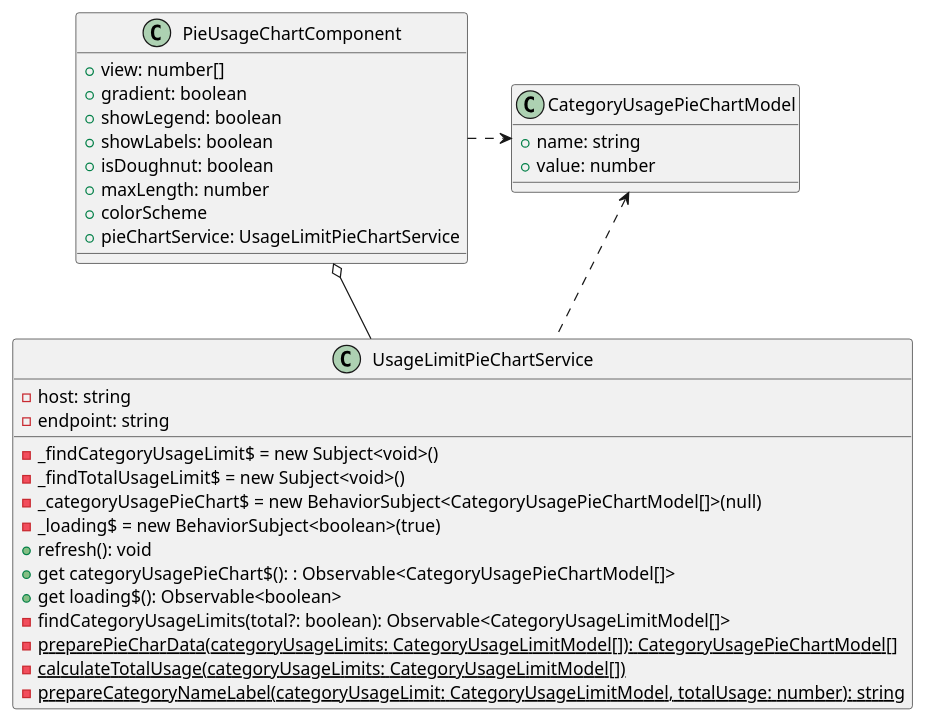
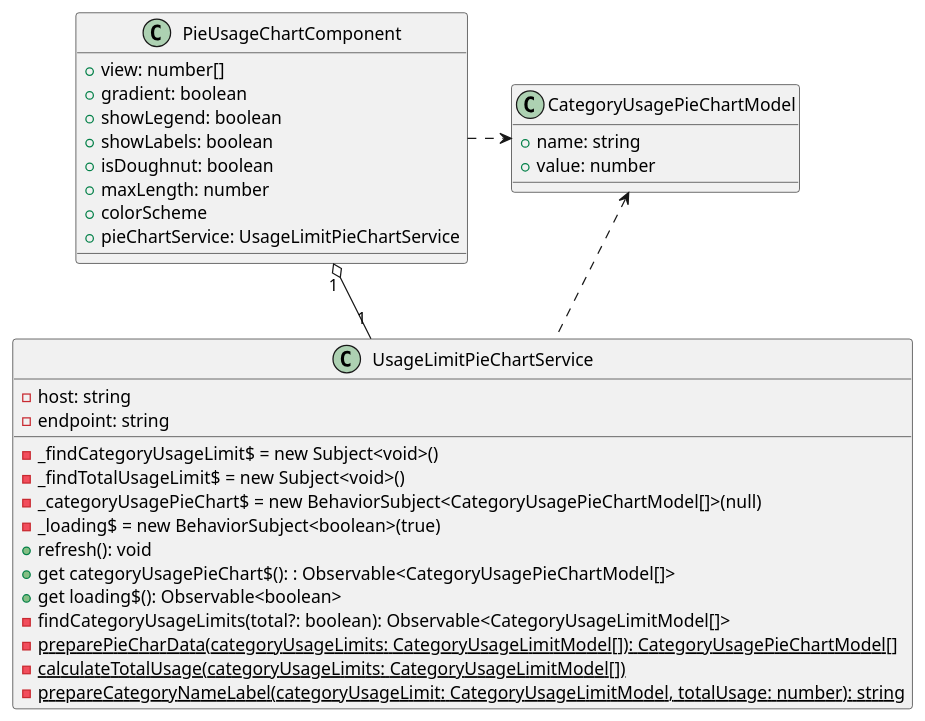
The diagram in diagrams/class-diagrams/frontend/pie-usage-chart-class-diagram.puml (lukaszse/simple-bills), drawn with PlantUML before and after one commit. The commit also changed 3 other files, not shown here.

Commit message:
correct class diagrams

```diff
--- a/diagrams/class-diagrams/frontend/pie-usage-chart-class-diagram.puml
+++ b/diagrams/class-diagrams/frontend/pie-usage-chart-class-diagram.puml
@@ -1,41 +1,41 @@
 @startuml
 'https://plantuml.com/class-diagram
 
 class PieUsageChartComponent {
 
     +view: number[]
     +gradient: boolean
     +showLegend: boolean
     +showLabels: boolean
     +isDoughnut: boolean
     +maxLength: number
     +colorScheme
     +pieChartService: UsageLimitPieChartService
 }
 
 class UsageLimitPieChartService {
     -host: string
     -endpoint: string
     -_findCategoryUsageLimit$ = new Subject<void>()
     -_findTotalUsageLimit$ = new Subject<void>()
     -_categoryUsagePieChart$ = new BehaviorSubject<CategoryUsagePieChartModel[]>(null)
     -_loading$ = new BehaviorSubject<boolean>(true)
     +refresh(): void
     +get categoryUsagePieChart$(): : Observable<CategoryUsagePieChartModel[]>
     +get loading$(): Observable<boolean>
     -findCategoryUsageLimits(total?: boolean): Observable<CategoryUsageLimitModel[]>
     -{static}preparePieCharData(categoryUsageLimits: CategoryUsageLimitModel[]): CategoryUsagePieChartModel[]
     -{static}calculateTotalUsage(categoryUsageLimits: CategoryUsageLimitModel[])
     -{static}prepareCategoryNameLabel(categoryUsageLimit: CategoryUsageLimitModel, totalUsage: number): string
 }
 
 class CategoryUsagePieChartModel {
   +name: string
   +value: number
 }
 
-PieUsageChartComponent o-- UsageLimitPieChartService
+PieUsageChartComponent "1" o-- "1" UsageLimitPieChartService
 UsageLimitPieChartService .up.> CategoryUsagePieChartModel
 PieUsageChartComponent .right.> CategoryUsagePieChartModel
 
 @enduml
```
